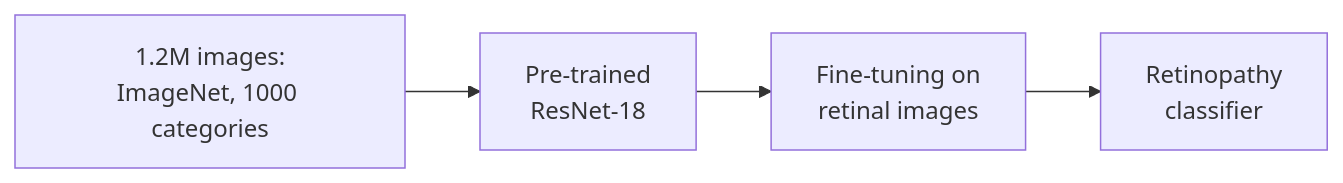
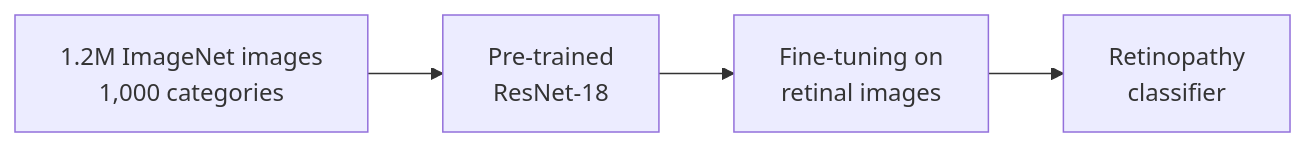
Before and after one commit to NHS-South-Central-and-West/deep-learning-without-math: the seventh of 8 diagrams in session-02-cnns-and-transfer-learning.qmd, drawn with Mermaid. The commit also changed other lines of this file, not shown here.

Commit message:
Fix mermaid diagram text issues

````diff
--- a/session-02-cnns-and-transfer-learning.qmd
+++ b/session-02-cnns-and-transfer-learning.qmd
@@ -248,4 +248,4 @@
 ```{mermaid}
 graph LR
-  imagenet["1.2M images:<br/>ImageNet, 1000 categories"] --> pretrained["Pre-trained<br/>ResNet-18"] --> finetune["Fine-tuning on<br/>retinal images"] --> classifier["Retinopathy<br/>classifier"]
+  imagenet["1.2M ImageNet images<br/>1,000 categories"] --> pretrained["Pre-trained<br/>ResNet-18"] --> finetune["Fine-tuning on<br/>retinal images"] --> classifier["Retinopathy<br/>classifier"]
 ```
````
